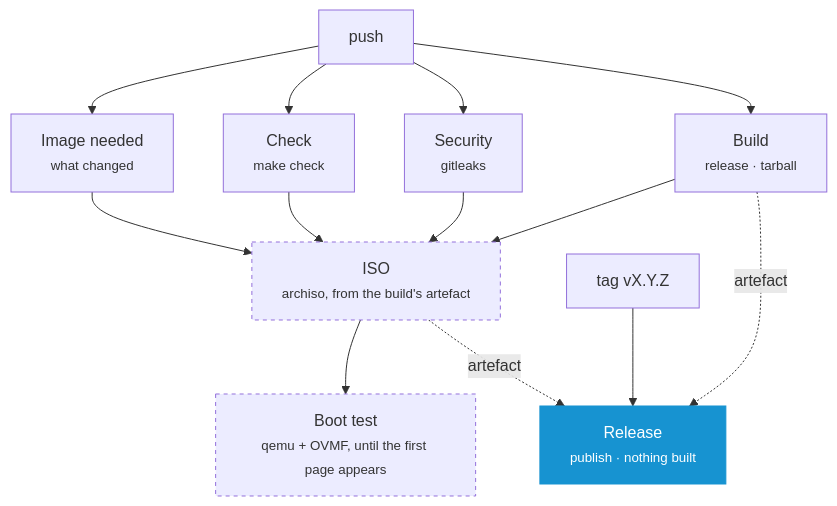
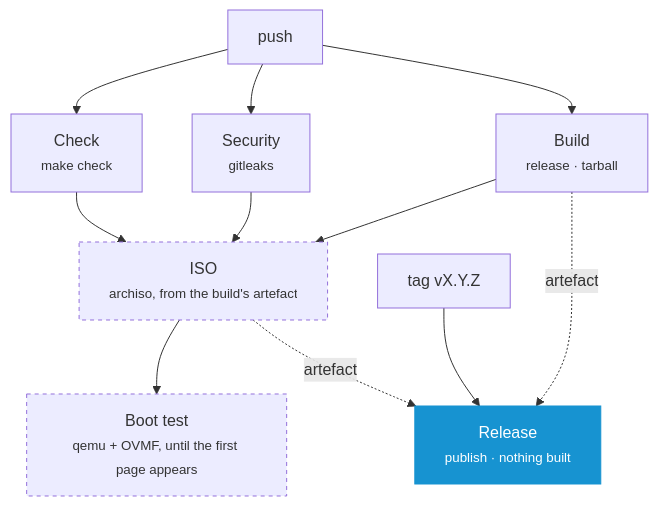
Before and after one commit to murkl/arch-os: the second of 2 diagrams in docs/CONTRIBUTING.md, drawn with Mermaid. The commit also changed other lines of this file and 1 other file, not shown here.

````diff
--- a/docs/CONTRIBUTING.md
+++ b/docs/CONTRIBUTING.md
@@ -84,19 +84,17 @@
 ```mermaid
 flowchart TD
-    P["push"] --> G["Image needed<br/><small>what changed</small>"]
-    P --> C["Check<br/><small>make check</small>"]
+    P["push"] --> C["Check<br/><small>make check</small>"]
     P --> S["Security<br/><small>gitleaks</small>"]
     P --> B["Build<br/><small>release · tarball</small>"]
-    G --> I
     C --> I
     S --> I
     B --> I["ISO<br/><small>archiso, from the build's artefact</small>"]
     I --> K["Boot test<br/><small>qemu + OVMF, until the first page appears</small>"]
     T["tag vX.Y.Z"] --> R["Release<br/><small>publish · nothing built</small>"]
     B -.->|"artefact"| R
     I -.->|"artefact"| R
 
     style I stroke-dasharray: 4 4
     style K stroke-dasharray: 4 4
     style R fill:#1793d1,stroke:#1793d1,color:#fff
 ```
````
